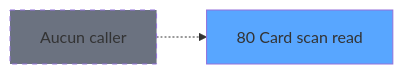
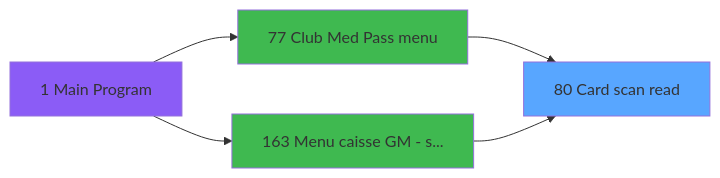
Before and after one commit to thonyAGP/lecteur-magic: the second of 3 diagrams in .openspec/specs/ADH-IDE-80.md, drawn with Mermaid. The commit also changed other lines of this file and 493 other files, not shown here.

````diff
--- a/.openspec/specs/ADH-IDE-80.md
+++ b/.openspec/specs/ADH-IDE-80.md
@@ -223,8 +232,15 @@
 ```mermaid
 graph LR
     T80[80 Card scan read]
     style T80 fill:#58a6ff
-    NONE[Aucun caller]
-    NONE -.-> T80
-    style NONE fill:#6b7280,stroke-dasharray: 5 5
+    CC1[1 Main Program]
+    style CC1 fill:#8b5cf6
+    CC77[77 Club Med Pass menu]
+    style CC77 fill:#3fb950
+    CC163[163 Menu caisse GM - s...]
+    style CC163 fill:#3fb950
+    CC1 --> CC77
+    CC1 --> CC163
+    CC77 --> T80
+    CC163 --> T80
 ```
````
